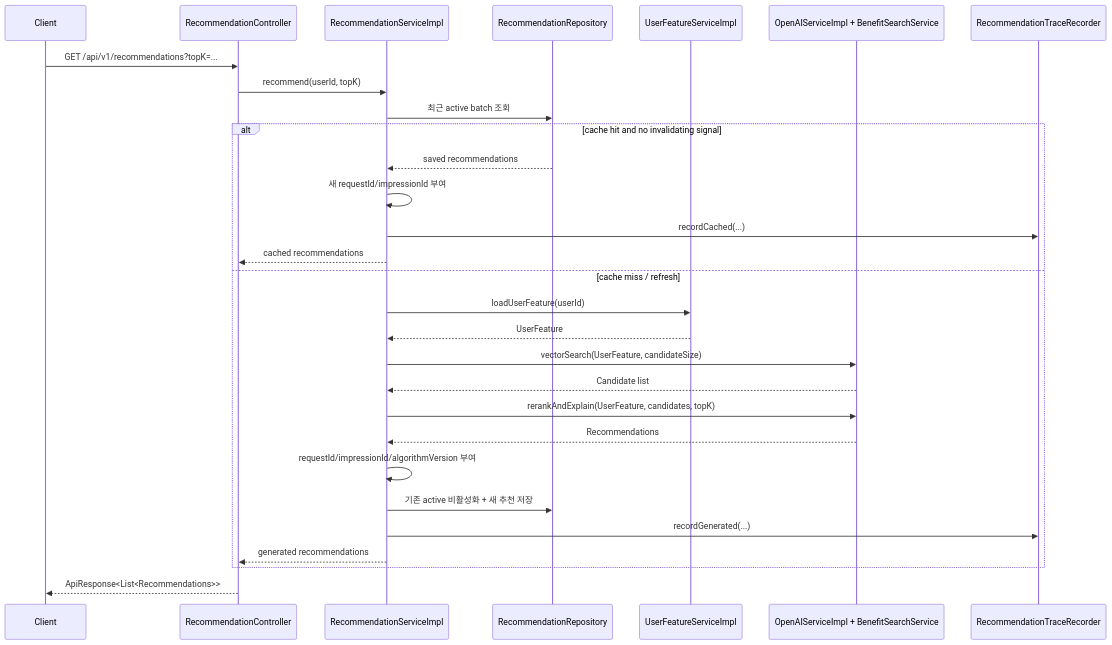
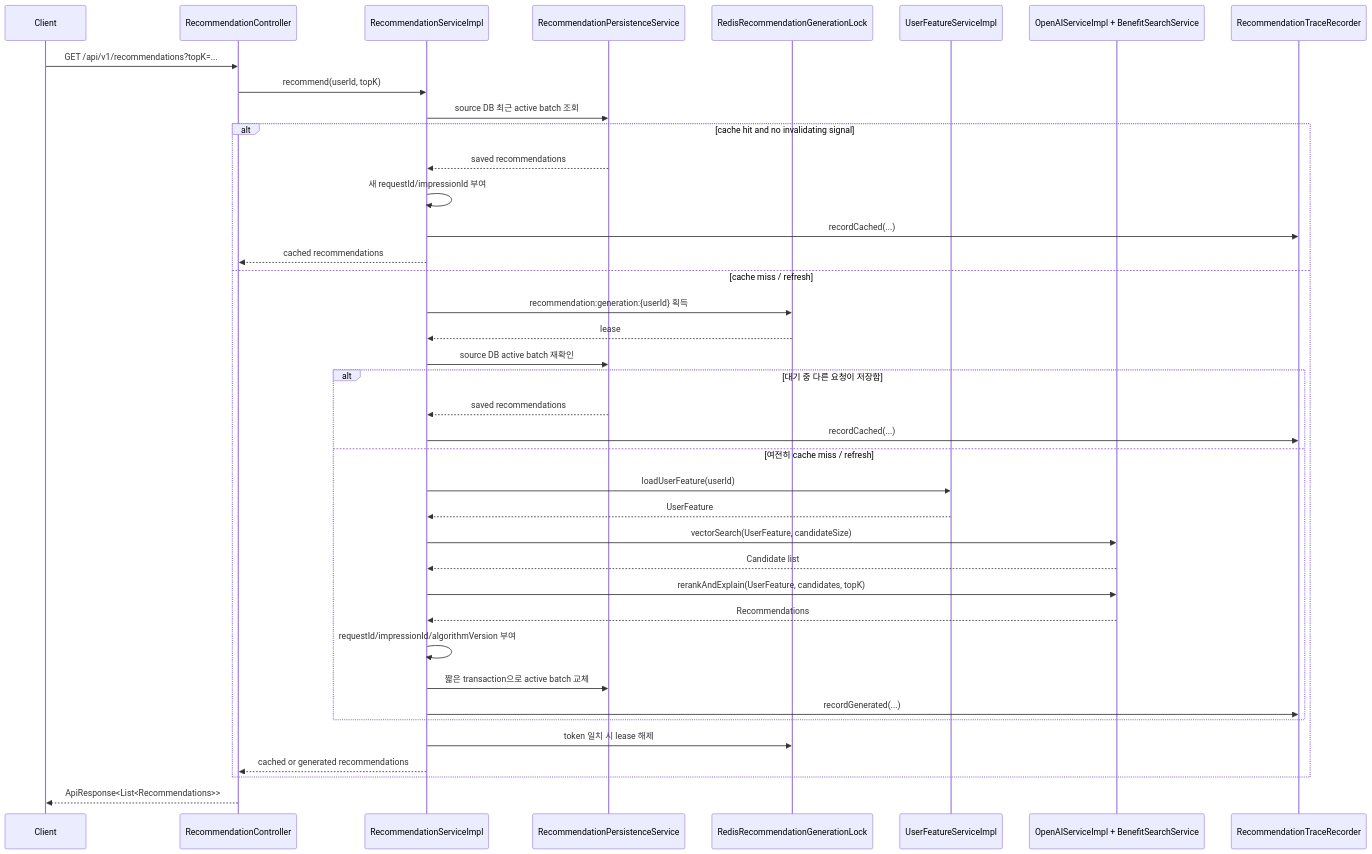
One commit to eddie-backdev/itplace-user-api changed the first of 2 diagrams in docs/recommendation-system-architecture.md. Above: the diagram before and after it, drawn with Mermaid. The commit also changed other lines of this file and 9 other files, not shown here.

````diff
--- a/docs/recommendation-system-architecture.md
+++ b/docs/recommendation-system-architecture.md
@@ -59,32 +65,42 @@
 ```mermaid
 sequenceDiagram
     participant Client
     participant Controller as RecommendationController
     participant Service as RecommendationServiceImpl
-    participant Cache as RecommendationRepository
+    participant Store as RecommendationPersistenceService
+    participant Lock as RedisRecommendationGenerationLock
     participant Feature as UserFeatureServiceImpl
     participant RAG as OpenAIServiceImpl + BenefitSearchService
     participant Trace as RecommendationTraceRecorder
 
     Client->>Controller: GET /api/v1/recommendations?topK=...
     Controller->>Service: recommend(userId, topK)
-    Service->>Cache: 최근 active batch 조회
+    Service->>Store: source DB 최근 active batch 조회
     alt cache hit and no invalidating signal
-        Cache-->>Service: saved recommendations
+        Store-->>Service: saved recommendations
         Service->>Service: 새 requestId/impressionId 부여
         Service->>Trace: recordCached(...)
         Service-->>Controller: cached recommendations
     else cache miss / refresh
-        Service->>Feature: loadUserFeature(userId)
-        Feature-->>Service: UserFeature
-        Service->>RAG: vectorSearch(UserFeature, candidateSize)
-        RAG-->>Service: Candidate list
-        Service->>RAG: rerankAndExplain(UserFeature, candidates, topK)
-        RAG-->>Service: Recommendations
-        Service->>Service: requestId/impressionId/algorithmVersion 부여
-        Service->>Cache: 기존 active 비활성화 + 새 추천 저장
-        Service->>Trace: recordGenerated(...)
-        Service-->>Controller: generated recommendations
+        Service->>Lock: recommendation:generation:{userId} 획득
+        Lock-->>Service: lease
+        Service->>Store: source DB active batch 재확인
+        alt 대기 중 다른 요청이 저장함
+            Store-->>Service: saved recommendations
+            Service->>Trace: recordCached(...)
+        else 여전히 cache miss / refresh
+            Service->>Feature: loadUserFeature(userId)
+            Feature-->>Service: UserFeature
+            Service->>RAG: vectorSearch(UserFeature, candidateSize)
+            RAG-->>Service: Candidate list
+            Service->>RAG: rerankAndExplain(UserFeature, candidates, topK)
+            RAG-->>Service: Recommendations
+            Service->>Service: requestId/impressionId/algorithmVersion 부여
+            Service->>Store: 짧은 transaction으로 active batch 교체
+            Service->>Trace: recordGenerated(...)
+        end
+        Service->>Lock: token 일치 시 lease 해제
+        Service-->>Controller: cached or generated recommendations
     end
     Controller-->>Client: ApiResponse<List<Recommendations>>
 ```
````
